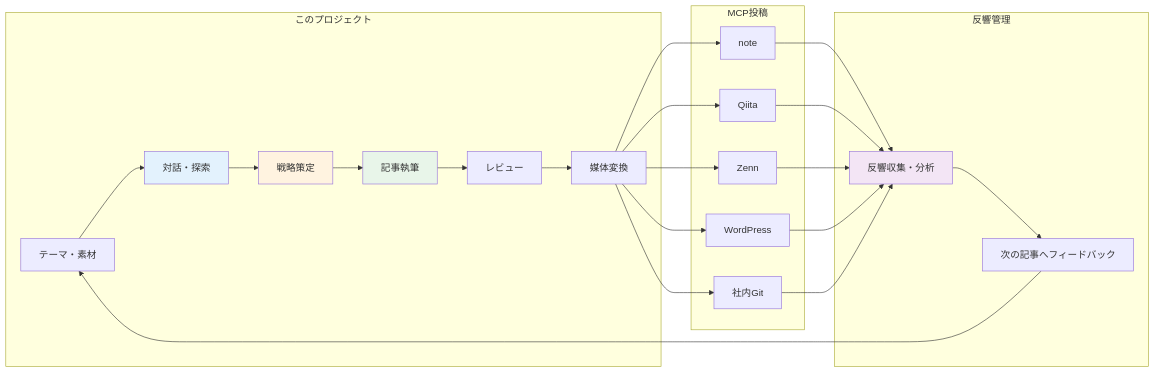
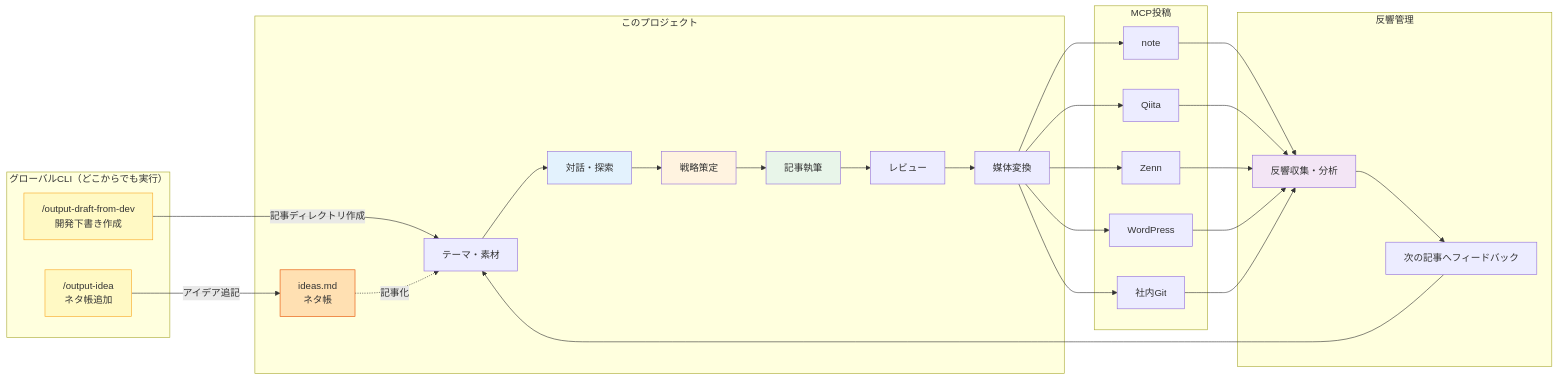
The first of 8 diagrams in docs/design/01-system-design.md (thirai-classlab/technology-output), drawn with Mermaid before and after one commit. The commit also changed other lines of this file and 30 other files, not shown here.

````diff
--- a/docs/design/01-system-design.md
+++ b/docs/design/01-system-design.md
@@ -12,29 +12,42 @@
 ```mermaid
 flowchart LR
+    subgraph グローバルCLI["グローバルCLI（どこからでも実行）"]
+        GI["/output-idea<br/>ネタ帳追加"]
+        GD["/output-draft-from-dev<br/>開発下書き作成"]
+    end
+
     subgraph このプロジェクト
+        IDEAS["ideas.md<br/>ネタ帳"]
         A[テーマ・素材] --> B[対話・探索]
         B --> C[戦略策定]
         C --> D[記事執筆]
         D --> E[レビュー]
         E --> F[媒体変換]
     end
+
+    GI -->|アイデア追記| IDEAS
+    GD -->|記事ディレクトリ作成| A
+    IDEAS -.->|記事化| A
 
     subgraph MCP投稿
         F --> G[note]
         F --> H[Qiita]
         F --> I[Zenn]
         F --> J[WordPress]
         F --> K[社内Git]
     end
 
     subgraph 反響管理
         G & H & I & J & K --> L[反響収集・分析]
         L --> M[次の記事へフィードバック]
         M --> A
     end
 
+    style GI fill:#fff9c4,stroke:#f9a825
+    style GD fill:#fff9c4,stroke:#f9a825
+    style IDEAS fill:#ffe0b2,stroke:#e65100
     style B fill:#e3f2fd
     style C fill:#fff3e0
     style D fill:#e8f5e9
     style L fill:#f3e5f5
 ```
````
